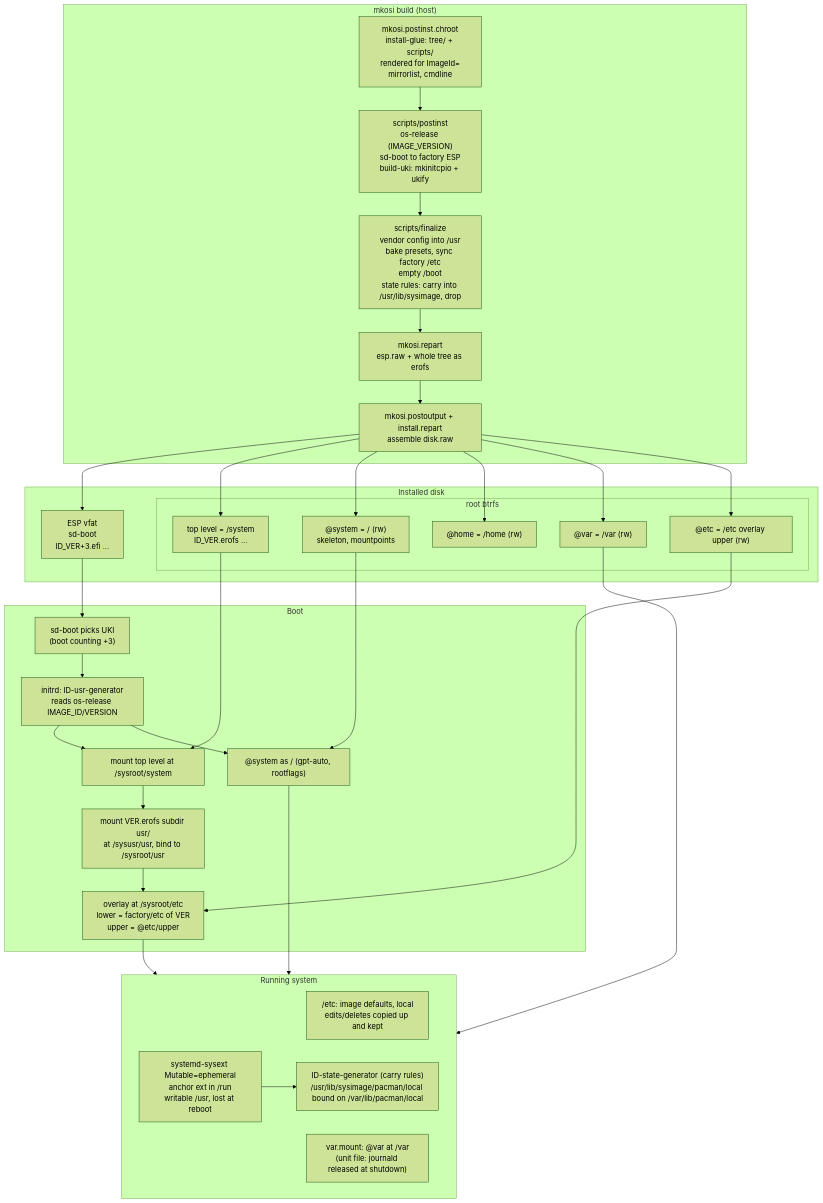
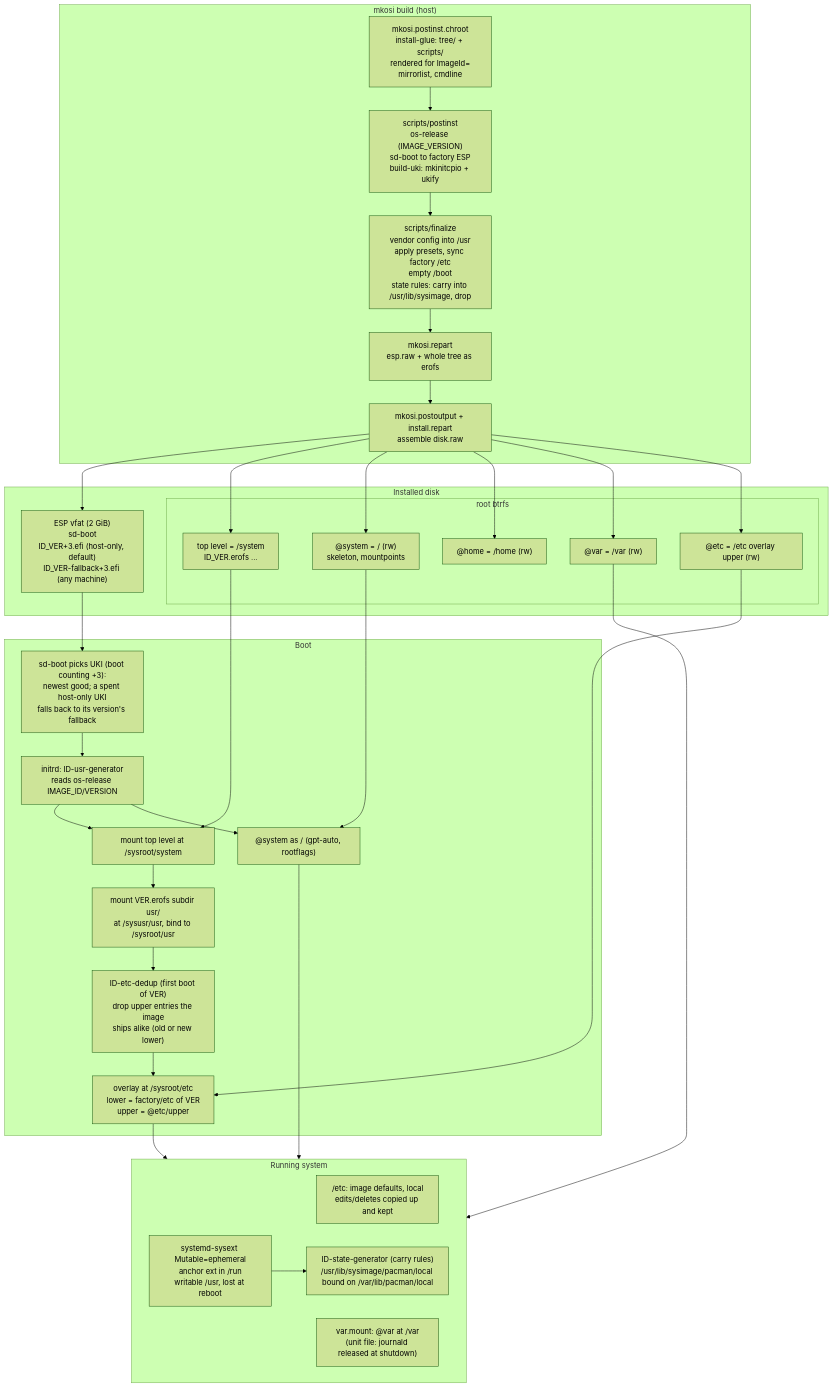
Before and after one commit to h8d13/caeoma: the first of 2 diagrams in docs/DESIGN.md, drawn with Mermaid (forest theme). The commit also changed other lines of this file and 1 other file, not shown here.

First line of the commit message:
chore(docs): update, boot and box config in DESIGN, HACKING

````diff
--- a/docs/DESIGN.md
+++ b/docs/DESIGN.md
@@ -7,57 +7,58 @@
 ```mermaid
 flowchart TD
 	subgraph BUILD["mkosi build (host)"]
 		P["mkosi.postinst.chroot<br/>install-glue: tree/ + scripts/<br/>rendered for ImageId=<br/>mirrorlist, cmdline"]
 		PI["scripts/postinst<br/>os-release (IMAGE_VERSION)<br/>sd-boot to factory ESP<br/>build-uki: mkinitcpio + ukify"]
-		F["scripts/finalize<br/>vendor config into /usr<br/>bake presets, sync factory /etc<br/>empty /boot<br/>state rules: carry into /usr/lib/sysimage, drop"]
+		F["scripts/finalize<br/>vendor config into /usr<br/>apply presets, sync factory /etc<br/>empty /boot<br/>state rules: carry into /usr/lib/sysimage, drop"]
 		R["mkosi.repart<br/>esp.raw + whole tree as erofs"]
 		PO["mkosi.postoutput + install.repart<br/>assemble disk.raw"]
 		P --> PI --> F --> R --> PO
 	end
 
 	subgraph DISK["Installed disk"]
-		ESP["ESP vfat<br/>sd-boot<br/>ID_VER+3.efi ..."]
+		ESP["ESP vfat (2 GiB)<br/>sd-boot<br/>ID_VER+3.efi (host-only, default)<br/>ID_VER-fallback+3.efi (any machine)"]
 		subgraph BTRFS["root btrfs"]
 			TOP["top level = /system<br/>ID_VER.erofs ..."]
 			SYS["@system = / (rw)<br/>skeleton, mountpoints"]
 			HOME["@home = /home (rw)"]
 			VAR["@var = /var (rw)"]
 			ETCU["@etc = /etc overlay upper (rw)"]
 		end
 	end
 
 	PO --> ESP
 	PO --> TOP
 	PO --> SYS
 	PO --> HOME
 	PO --> VAR
 	PO --> ETCU
 
 	subgraph BOOT["Boot"]
-		SB["sd-boot picks UKI<br/>(boot counting +3)"]
+		SB["sd-boot picks UKI (boot counting +3):<br/>newest good; a spent host-only UKI<br/>falls back to its version's fallback"]
 		GEN["initrd: ID-usr-generator<br/>reads os-release IMAGE_ID/VERSION"]
 		M1["mount top level at /sysroot/system"]
 		M2["mount VER.erofs subdir usr/<br/>at /sysusr/usr, bind to /sysroot/usr"]
 		ROOT["@system as / (gpt-auto, rootflags)"]
+		DD["ID-etc-dedup (first boot of VER)<br/>drop upper entries the image<br/>ships alike (old or new lower)"]
 		M3["overlay at /sysroot/etc<br/>lower = factory/etc of VER<br/>upper = @etc/upper"]
-		SB --> GEN --> M1 --> M2 --> M3
+		SB --> GEN --> M1 --> M2 --> DD --> M3
 		GEN --> ROOT
 	end
 
 	ESP --> SB
 	TOP --> M1
 	SYS --> ROOT
 	ETCU --> M3
 	VAR --> RUN
 
 	subgraph RUN["Running system"]
 		ETC["/etc: image defaults, local<br/>edits/deletes copied up and kept"]
 		VM["var.mount: @var at /var<br/>(unit file: journald released at shutdown)"]
 		PAC["ID-state-generator (carry rules)<br/>/usr/lib/sysimage/pacman/local bound on /var/lib/pacman/local"]
 		SX["systemd-sysext Mutable=ephemeral<br/>anchor ext in /run<br/>writable /usr, lost at reboot"]
 		SX --> PAC
 	end
 
 	M3 --> RUN
 	ROOT --> RUN
 ```
````
